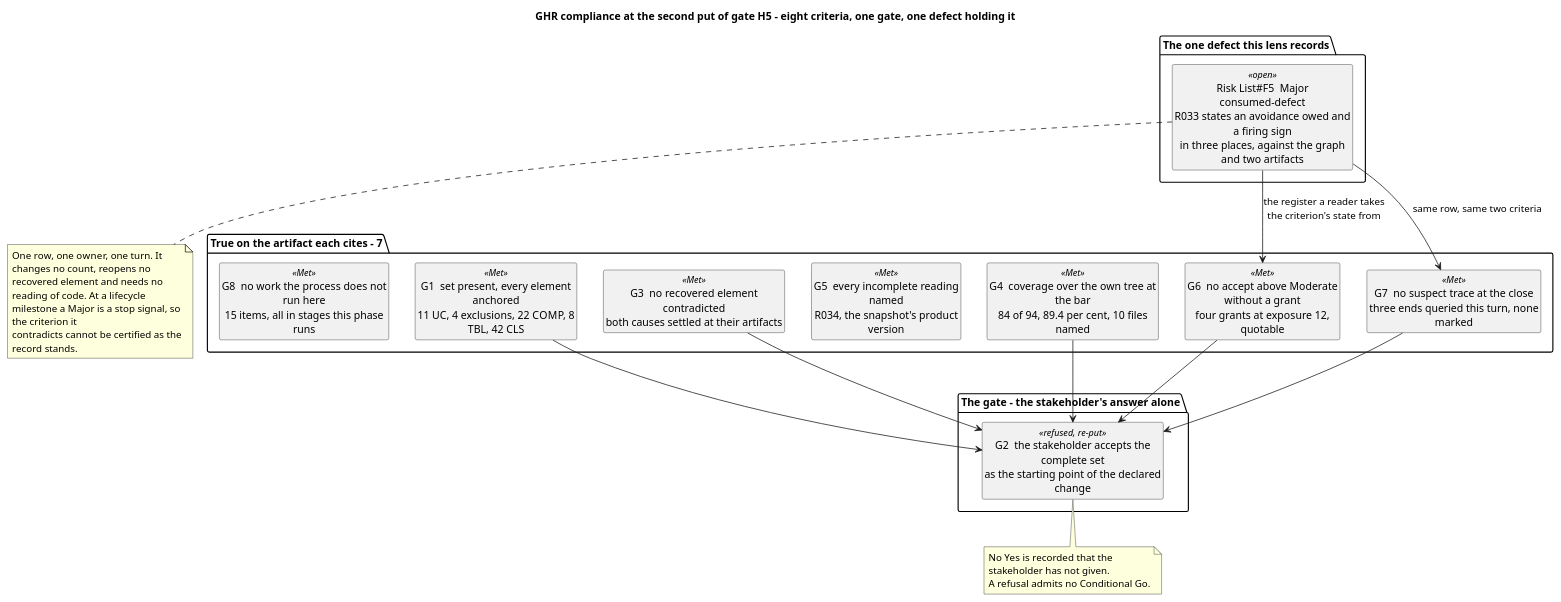
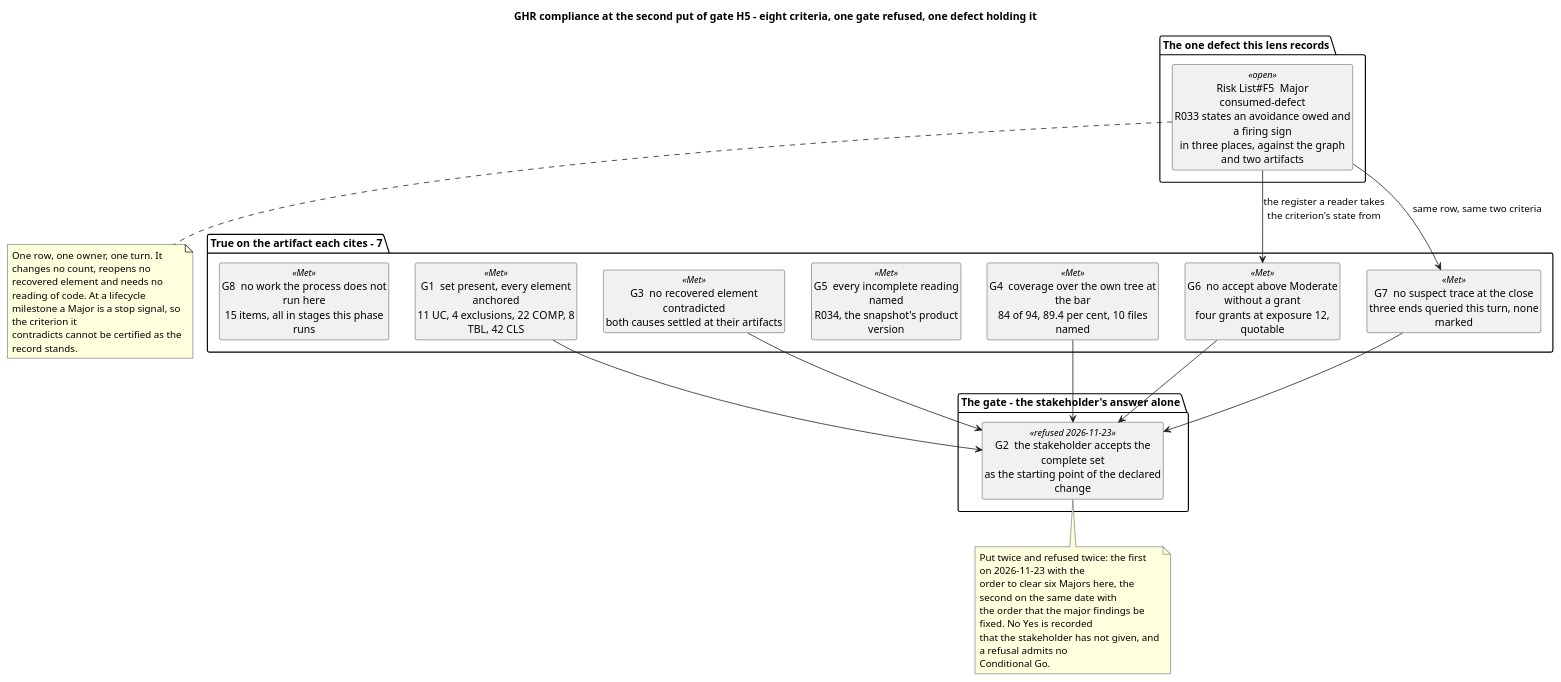
Before and after one commit to banense-test/TodoApp: the third of 15 diagrams in docs/artifacts/project-management/review-record.md, drawn with PlantUML. The commit also changed other lines of this file, not shown here.

Commit message:
Management Reviewer [Consolidation2]: upsert Review Record
[skip ci]

````diff
--- a/docs/artifacts/project-management/review-record.md
+++ b/docs/artifacts/project-management/review-record.md
@@ -208,47 +208,50 @@
 ```plantuml
 @startuml
-title GHR compliance at the second put of gate H5 - eight criteria, one gate, one defect holding it
+title GHR compliance at the second put of gate H5 - eight criteria, one gate refused, one defect holding it
 skinparam shadowing false
 skinparam classAttributeIconSize 0
 skinparam wrapWidth 240
 hide circle
 hide empty members
 
 package "True on the artifact each cites - 7" {
   class "G1  set present, every element anchored\n11 UC, 4 exclusions, 22 COMP, 8 TBL, 42 CLS" as G1 <<Met>>
   class "G3  no recovered element contradicted\nboth causes settled at their artifacts" as G3 <<Met>>
   class "G4  coverage over the own tree at the bar\n84 of 94, 89.4 per cent, 10 files named" as G4 <<Met>>
   class "G5  every incomplete reading named\nR034, the snapshot's product version" as G5 <<Met>>
   class "G6  no accept above Moderate without a grant\nfour grants at exposure 12, quotable" as G6 <<Met>>
   class "G7  no suspect trace at the close\nthree ends queried this turn, none marked" as G7 <<Met>>
   class "G8  no work the process does not run here\n15 items, all in stages this phase runs" as G8 <<Met>>
 }
 
 package "The gate - the stakeholder's answer alone" {
-  class "G2  the stakeholder accepts the complete set\nas the starting point of the declared change" as G2 <<refused, re-put>>
+  class "G2  the stakeholder accepts the complete set\nas the starting point of the declared change" as G2 <<refused 2026-11-23>>
 }
 
 package "The one defect this lens records" {
   class "Risk List#F5  Major  consumed-defect\nR033 states an avoidance owed and a firing sign\nin three places, against the graph and two artifacts" as D1 <<open>>
 }
 
 G1 --> G2
 G3 --> G2
 G4 --> G2
 G6 --> G2
 G7 --> G2
 D1 --> G6 : the register a reader takes\nthe criterion's state from
 D1 --> G7 : same row, same two criteria
 
 note bottom of D1
   One row, one owner, one turn. It changes no count, reopens no
   recovered element and needs no reading of code. At a lifecycle
   milestone a Major is a stop signal, so the criterion it
   contradicts cannot be certified as the record stands.
 end note
 note bottom of G2
-  No Yes is recorded that the stakeholder has not given.
-  A refusal admits no Conditional Go.
+  Put twice and refused twice: the first on 2026-11-23 with the
+  order to clear six Majors here, the second on the same date with
+  the order that the major findings be fixed. No Yes is recorded
+  that the stakeholder has not given, and a refusal admits no
+  Conditional Go.
 end note
 @enduml
 ```
````
